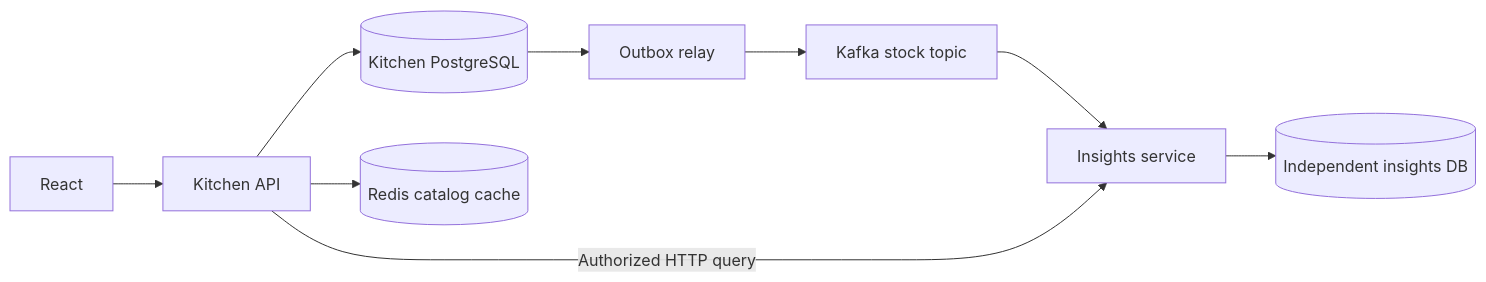
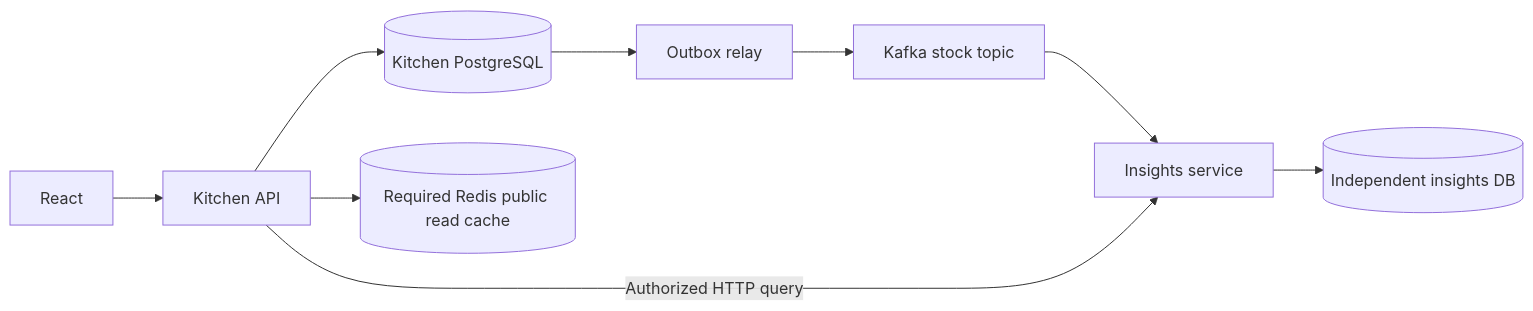
The diagram in docs/PLATFORM.md (link1ks/FoodFlow), drawn with Mermaid before and after one commit. The commit also changed other lines of this file and 32 other files, not shown here.

Commit message:
feat: require Redis for API and cache public reference reads

````diff
--- a/docs/PLATFORM.md
+++ b/docs/PLATFORM.md
@@ -3,11 +3,11 @@
 ```mermaid
 flowchart LR
  UI[React] --> API[Kitchen API]
  API --> PG[(Kitchen PostgreSQL)]
- API --> R[(Redis catalog cache)]
+ API --> R[(Required Redis public read cache)]
  PG --> Relay[Outbox relay]
  Relay --> K[Kafka stock topic]
  K --> I[Insights service]
  I --> IPG[(Independent insights DB)]
  API -->|Authorized HTTP query| I
 ```
````
